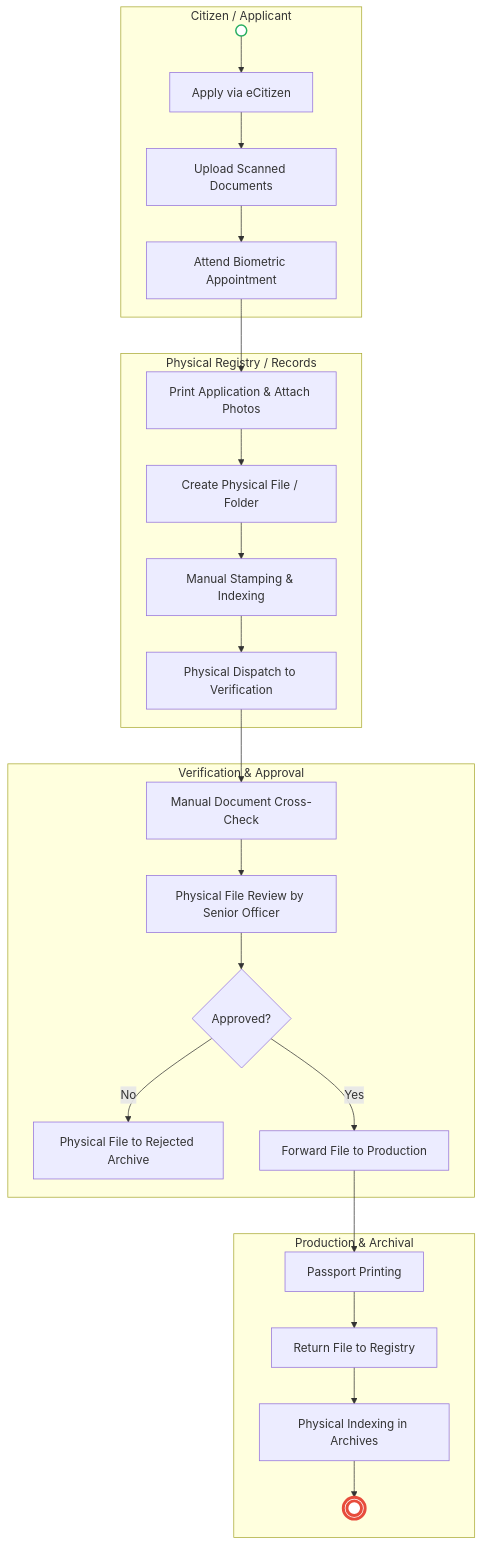
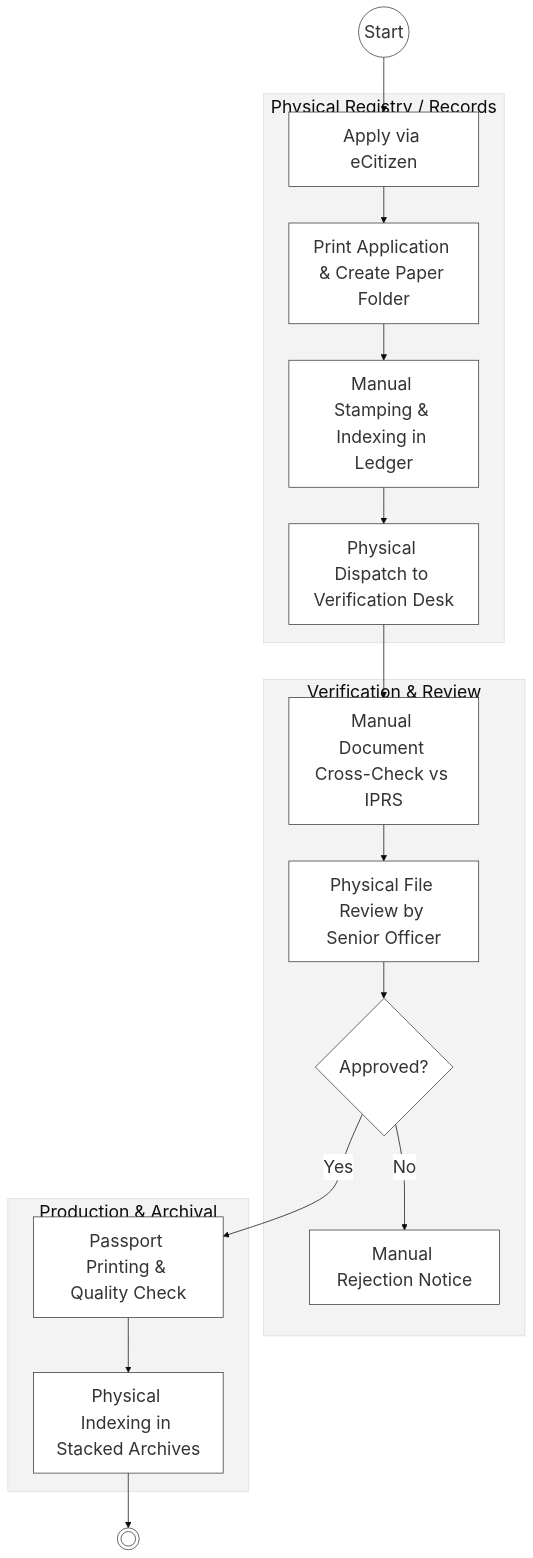
The first of 2 diagrams in mdas/docs_final/priority_mdas/STATE_DEPARTMENT_FOR_IMMIGRATION_AND_CITIZEN_SERVICES___Passport_Application.md (BITZ-IT-Consulting-LTD/ictapoc), drawn with Mermaid before and after one commit. The commit also changed other lines of this file and 37 other files, not shown here.

````diff
--- a/mdas/docs_final/priority_mdas/STATE_DEPARTMENT_FOR_IMMIGRATION_AND_CITIZEN_SERVICES___Passport_Application.md
+++ b/mdas/docs_final/priority_mdas/STATE_DEPARTMENT_FOR_IMMIGRATION_AND_CITIZEN_SERVICES___Passport_Application.md
@@ -35,33 +77,25 @@
 ```mermaid
+%%{init: { 'theme': 'base', 'themeVariables': { 'fontSize': '24px', 'fontFamily': 'Inter, system-ui, sans-serif', 'primaryColor': '#ffffff', 'edgeLabelBackground':'#ffffff', 'tertiaryColor': '#f3f3f3', 'mainBkg': '#ffffff', 'nodeBorder': '#333333' } } }%%
 flowchart TD
-    subgraph Applicant["Citizen / Applicant"]
-        Start(( )) --> A1[Apply via eCitizen]
-        A1 --> A2[Upload Scanned Documents]
-        A2 --> A3[Attend Biometric Appointment]
+    Start((Start)) --> A1[Apply via eCitizen]
+    
+    subgraph Registry["Physical Registry / Records"]
+        A1 --> B1[Print Application & Create Paper Folder]
+        B1 --> B2[Manual Stamping & Indexing in Ledger]
+        B2 --> B3[Physical Dispatch to Verification Desk]
     end
 
-    subgraph Registry["Physical Registry / Records"]
-        A3 --> B1[Print Application & Attach Photos]
-        B1 --> B2[Create Physical File / Folder]
-        B2 --> B3[Manual Stamping & Indexing]
-        B3 --> B4[Physical Dispatch to Verification]
-    end
-
-    subgraph Verification["Verification & Approval"]
-        B4 --> C1[Manual Document Cross-Check]
+    subgraph Verification["Verification & Review"]
+        B3 --> C1[Manual Document Cross-Check vs IPRS]
         C1 --> C2[Physical File Review by Senior Officer]
         C2 --> C3{Approved?}
-        C3 -- No --> C4[Physical File to Rejected Archive]
-        C3 -- Yes --> C5[Forward File to Production]
+        C3 -- No --> C4[Manual Rejection Notice]
     end
 
     subgraph Issuance["Production & Archival"]
-        C5 --> D1[Passport Printing]
-        D1 --> D2[Return File to Registry]
-        D2 --> D3[Physical Indexing in Archives]
-        D3 --> End((( )))
+        C3 -- Yes --> D1[Passport Printing & Quality Check]
+        D1 --> D2[Physical Indexing in Stacked Archives]
     end
 
-    style Start fill:#fff,stroke:#27ae60,stroke-width:2px
-    style End fill:#fff,stroke:#e74c3c,stroke-width:4px
+    D2 --> End((( )))
 ```
````
